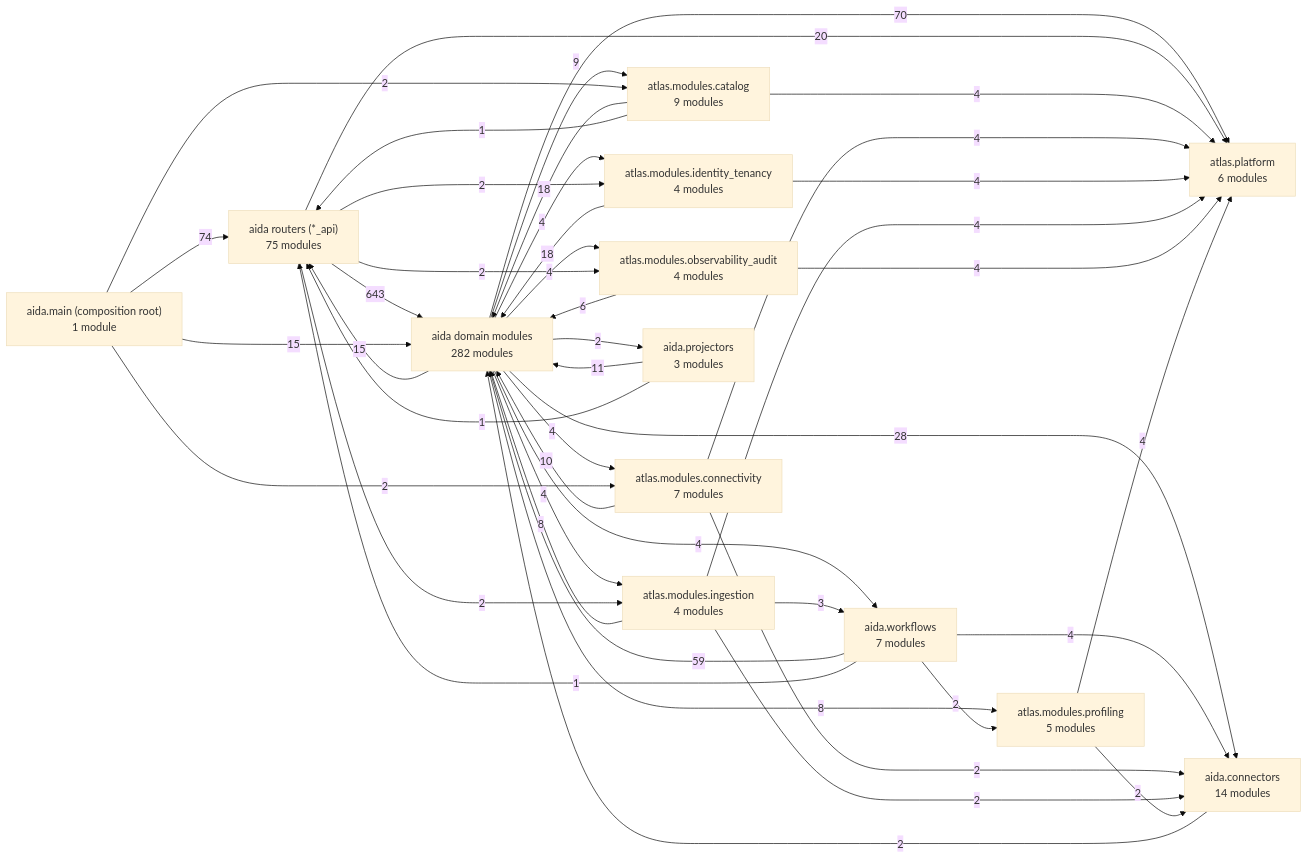
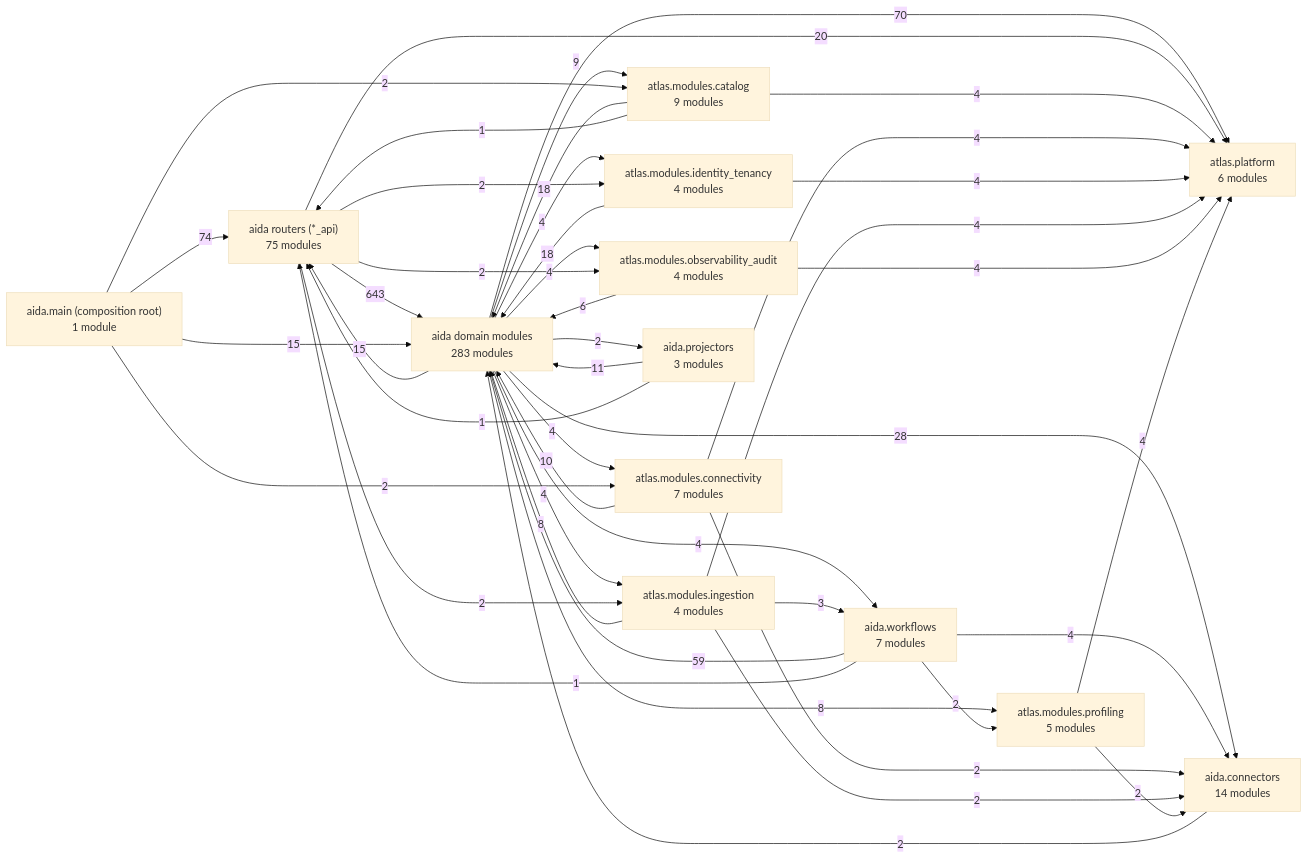
One commit to karuppusamym/AIDataAnalyst changed the first of 3 diagrams in Docs/10-architecture/14-generated-architecture-map.md. Above: the diagram before and after it, drawn with Mermaid (base theme). The commit also changed other lines of this file and 7 other files, not shown here.

````diff
--- a/Docs/10-architecture/14-generated-architecture-map.md
+++ b/Docs/10-architecture/14-generated-architecture-map.md
@@ -48,59 +48,59 @@
 ```mermaid
 graph LR
   app["aida.main (composition root)<br/>1 module"]
   routers["aida routers (*_api)<br/>75 modules"]
-  domain["aida domain modules<br/>282 modules"]
+  domain["aida domain modules<br/>283 modules"]
   ctx_catalog["atlas.modules.catalog<br/>9 modules"]
   ctx_connectivity["atlas.modules.connectivity<br/>7 modules"]
   ctx_identity_tenancy["atlas.modules.identity_tenancy<br/>4 modules"]
   ctx_ingestion["atlas.modules.ingestion<br/>4 modules"]
   ctx_observability_audit["atlas.modules.observability_audit<br/>4 modules"]
   ctx_profiling["atlas.modules.profiling<br/>5 modules"]
   connectors["aida.connectors<br/>14 modules"]
   workflows["aida.workflows<br/>7 modules"]
   projectors["aida.projectors<br/>3 modules"]
   platform["atlas.platform<br/>6 modules"]
   routers -->|643| domain
   app -->|74| routers
   domain -->|70| platform
   workflows -->|59| domain
   domain -->|28| connectors
   routers -->|20| platform
   ctx_catalog -->|18| domain
   ctx_identity_tenancy -->|18| domain
   app -->|15| domain
   domain -->|15| routers
   projectors -->|11| domain
   ctx_connectivity -->|10| domain
   domain -->|9| ctx_catalog
   ctx_ingestion -->|8| domain
   domain -->|8| ctx_profiling
   ctx_observability_audit -->|6| domain
   ctx_catalog -->|4| platform
   ctx_connectivity -->|4| platform
   ctx_identity_tenancy -->|4| platform
   ctx_ingestion -->|4| platform
   ctx_observability_audit -->|4| platform
   ctx_profiling -->|4| platform
   domain -->|4| ctx_connectivity
   domain -->|4| ctx_identity_tenancy
   domain -->|4| ctx_ingestion
   domain -->|4| ctx_observability_audit
   domain -->|4| workflows
   workflows -->|4| connectors
   ctx_ingestion -->|3| workflows
   app -->|2| ctx_catalog
   app -->|2| ctx_connectivity
   connectors -->|2| domain
   ctx_connectivity -->|2| connectors
   ctx_ingestion -->|2| connectors
   ctx_profiling -->|2| connectors
   domain -->|2| projectors
   routers -->|2| ctx_identity_tenancy
   routers -->|2| ctx_ingestion
   routers -->|2| ctx_observability_audit
   workflows -->|2| ctx_profiling
   ctx_catalog -->|1| routers
   projectors -->|1| routers
   workflows -->|1| routers
 ```
````
